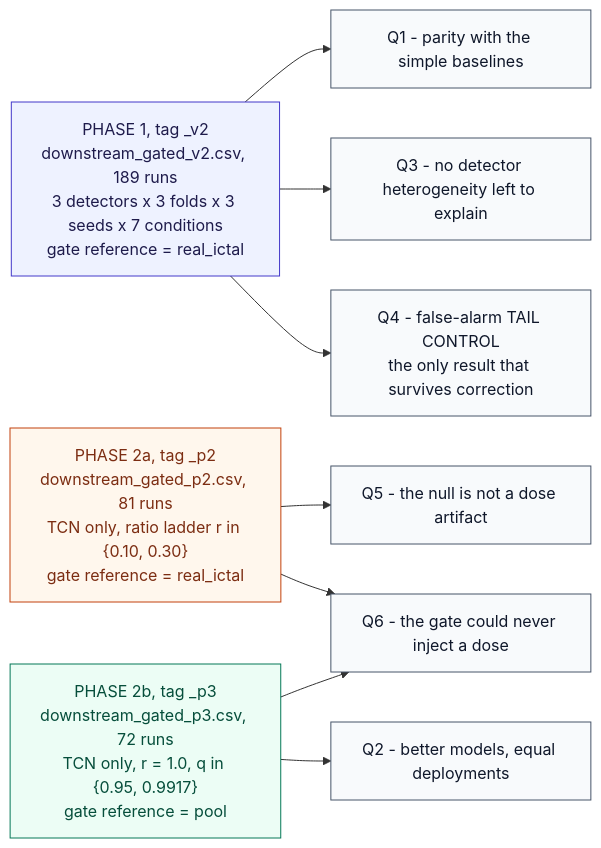
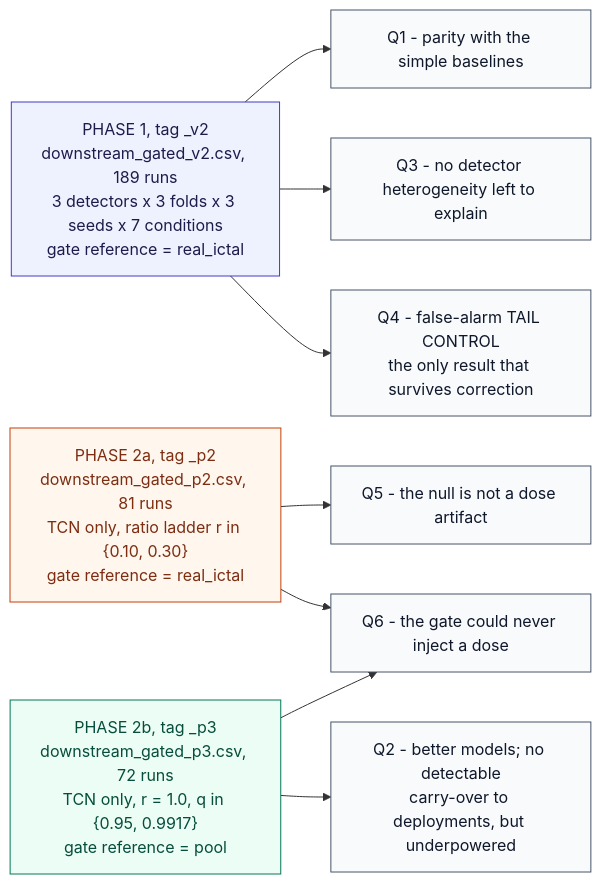
The first of 3 diagrams in README.md (Oxidopamine/chbmit-synthetic-benchmark), drawn with Mermaid before and after one commit. The commit also changed other lines of this file and 2 other files, not shown here.

First line of the commit message:
Preprint v0.3: related work, discussion, deviations table, bibliography, figure script

````diff
--- a/README.md
+++ b/README.md
@@ -171,19 +171,19 @@
 ```mermaid
 flowchart LR
   classDef g1 fill:#eef2ff,stroke:#4338ca,color:#1e1b4b;
   classDef g2 fill:#fff7ed,stroke:#c2410c,color:#7c2d12;
   classDef g3 fill:#ecfdf5,stroke:#047857,color:#064e3b;
   classDef q  fill:#f8fafc,stroke:#475569,color:#0f172a;
 
   G1["PHASE 1, tag _v2<br/>downstream_gated_v2.csv, 189 runs<br/>3 detectors x 3 folds x 3 seeds x 7 conditions<br/>gate reference = real_ictal"]:::g1
   G2["PHASE 2a, tag _p2<br/>downstream_gated_p2.csv, 81 runs<br/>TCN only, ratio ladder r in {0.10, 0.30}<br/>gate reference = real_ictal"]:::g2
   G3["PHASE 2b, tag _p3<br/>downstream_gated_p3.csv, 72 runs<br/>TCN only, r = 1.0, q in {0.95, 0.9917}<br/>gate reference = pool"]:::g3
 
   G1 --> Q1["Q1 - parity with the simple baselines"]:::q
   G1 --> Q3["Q3 - no detector heterogeneity left to explain"]:::q
   G1 --> Q4["Q4 - false-alarm TAIL CONTROL<br/>the only result that survives correction"]:::q
   G2 --> Q5["Q5 - the null is not a dose artifact"]:::q
   G2 --> Q6["Q6 - the gate could never inject a dose"]:::q
   G3 --> Q6
-  G3 --> Q2["Q2 - better models, equal deployments"]:::q
+  G3 --> Q2["Q2 - better models; no detectable<br/>carry-over to deployments, but underpowered"]:::q
 ```
````
